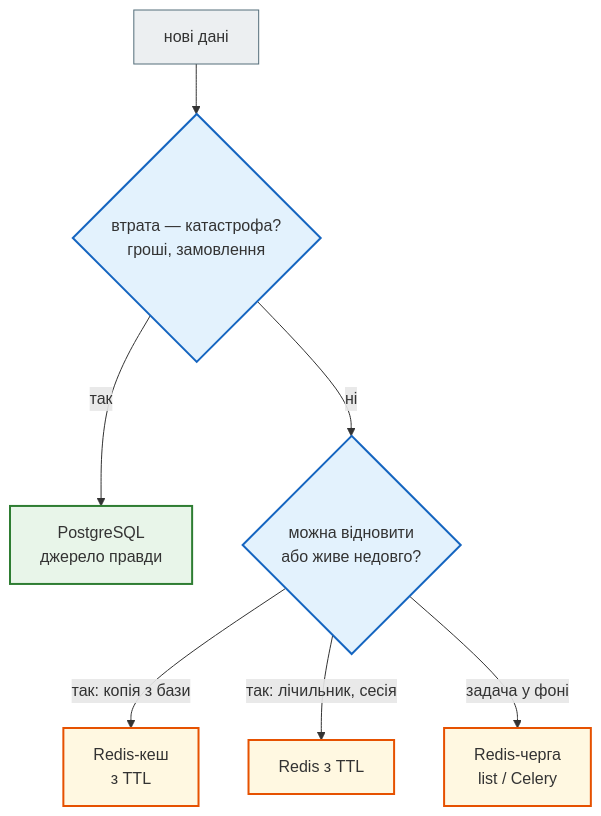
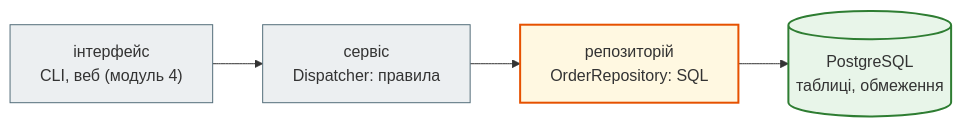
The sixth of 6 diagrams in docs/modules/m3/lesson_30.md (AlinaRadchenko/PY-Course-Victor-Nikoriak-22-09-2026), drawn with Mermaid before and after one commit. The commit also changed other lines of this file and 1846 other files, not shown here.

````diff
--- a/docs/modules/m3/lesson_30.md
+++ b/docs/modules/m3/lesson_30.md
@@ -469,20 +911,16 @@
 ```mermaid
-flowchart TD
+flowchart LR
     classDef step     fill:#eceff1,stroke:#546e7a,stroke-width:1px;
     classDef decision fill:#e3f2fd,stroke:#1565c0,stroke-width:2px;
     classDef success  fill:#e8f5e9,stroke:#2e7d32,stroke-width:2px;
     classDef error    fill:#ffebee,stroke:#c62828,stroke-width:3px;
     classDef warning  fill:#fff8e1,stroke:#e65100,stroke-width:2px;
 
-    Q["нові дані"] --> L{"втрата — катастрофа?<br>гроші, замовлення"}
-    L -- так --> PG["PostgreSQL<br>джерело правди"]
-    L -- ні --> R{"можна відновити<br>або живе недовго?"}
-    R -- "так: копія з бази" --> C["Redis-кеш<br>з TTL"]
-    R -- "так: лічильник, сесія" --> T["Redis з TTL"]
-    R -- "задача у фоні" --> QU["Redis-черга<br>list / Celery"]
+    UI["інтерфейс<br>CLI, веб (модуль 4)"] --> SVC["сервіс<br>Dispatcher: правила"]
+    SVC --> REPO["репозиторій<br>OrderRepository: SQL"]
+    REPO --> DB[("PostgreSQL<br>таблиці, обмеження")]
 
-    class Q step
-    class L,R decision
-    class PG success
-    class C,T,QU warning
+    class UI,SVC step
+    class REPO warning
+    class DB success
 ```
````
